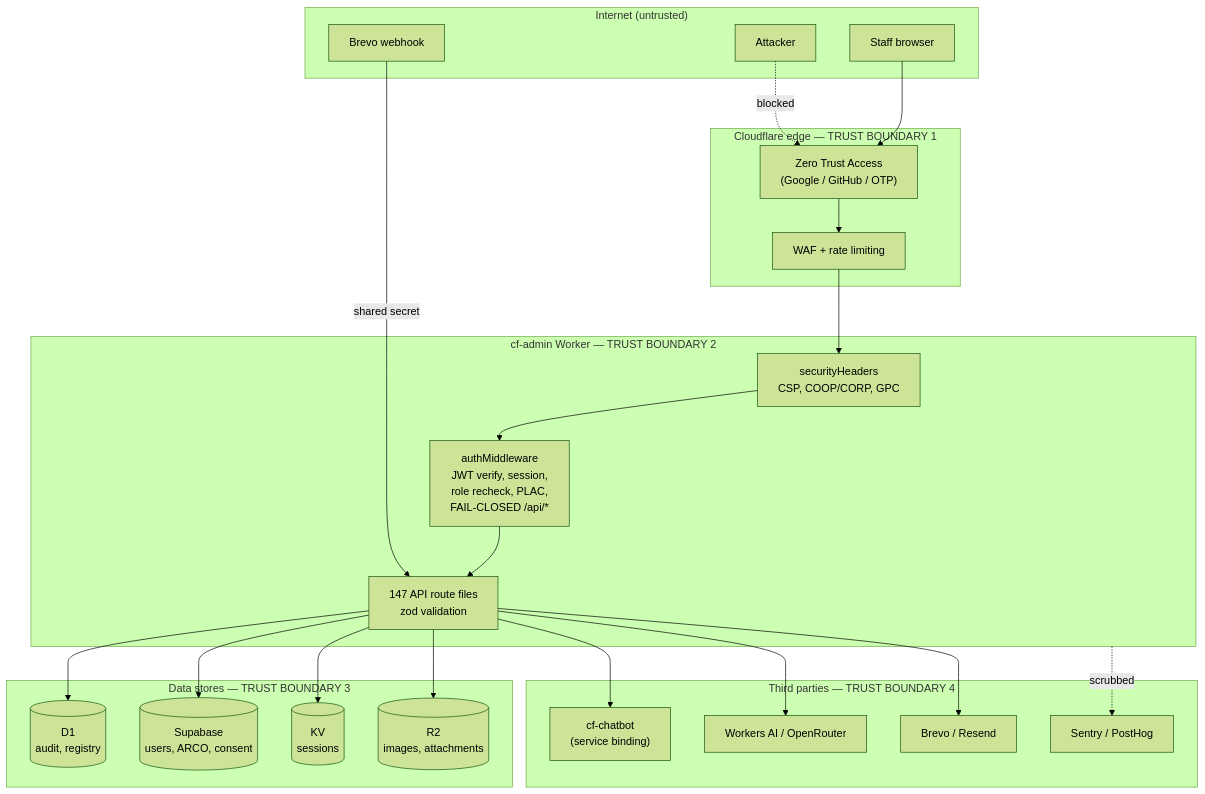
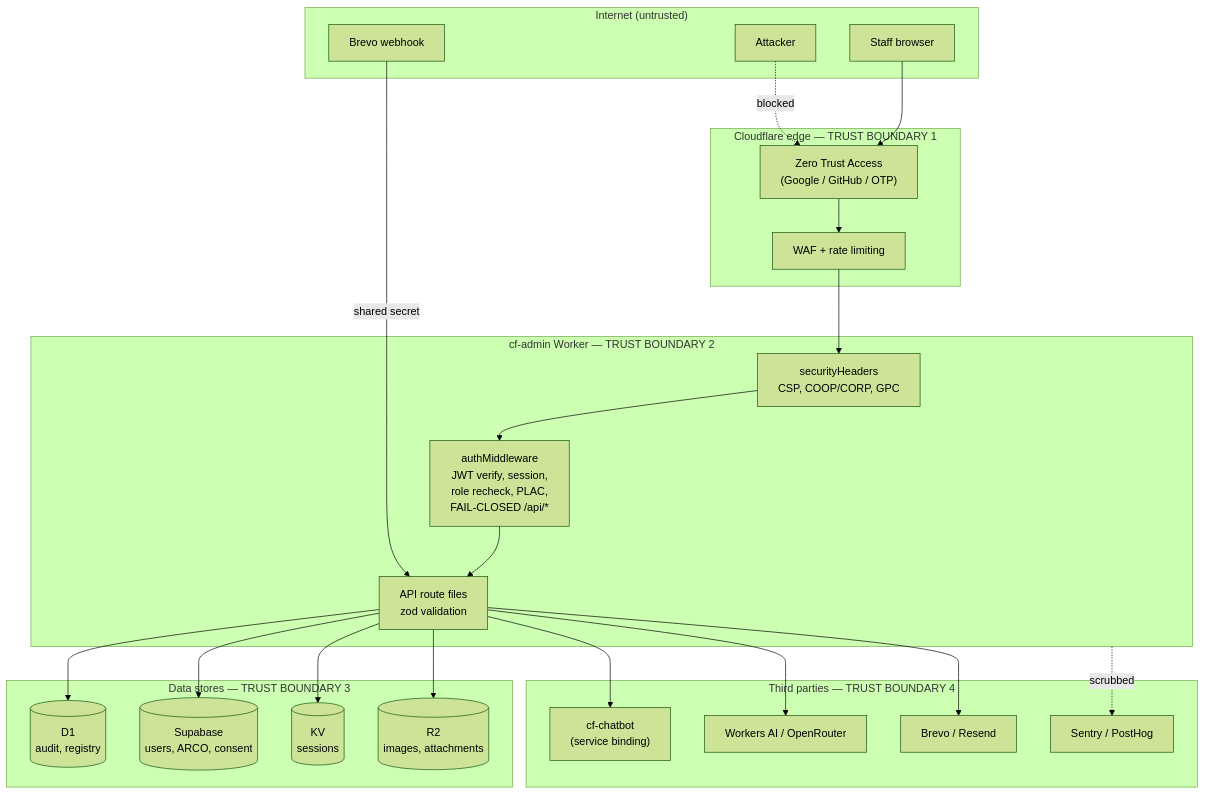
Before and after one commit to Harshil8136/chess-game1: the diagram in synced-docs/cf-admin/documentation/security/THREAT-MODEL.md, drawn with Mermaid (forest theme). The commit also changed other lines of this file and 12 other files, not shown here.

````diff
--- a/synced-docs/cf-admin/documentation/security/THREAT-MODEL.md
+++ b/synced-docs/cf-admin/documentation/security/THREAT-MODEL.md
@@ -36,42 +36,42 @@
 ```mermaid
 flowchart TB
     subgraph internet["Internet (untrusted)"]
         staff["Staff browser"]
         attacker["Attacker"]
         brevo["Brevo webhook"]
     end
 
     subgraph cfedge["Cloudflare edge — TRUST BOUNDARY 1"]
         access["Zero Trust Access<br/>(Google / GitHub / OTP)"]
         waf["WAF + rate limiting"]
     end
 
     subgraph worker["cf-admin Worker — TRUST BOUNDARY 2"]
         csp["securityHeaders<br/>CSP, COOP/CORP, GPC"]
         pipeline["authMiddleware<br/>JWT verify, session,<br/>role recheck, PLAC,<br/>FAIL-CLOSED /api/*"]
-        routes["147 API route files<br/>zod validation"]
+        routes["API route files<br/>zod validation"]
     end
 
     subgraph data["Data stores — TRUST BOUNDARY 3"]
         d1[("D1<br/>audit, registry")]
         pg[("Supabase<br/>users, ARCO, consent")]
         kv[("KV<br/>sessions")]
         r2[("R2<br/>images, attachments")]
     end
 
     subgraph ext["Third parties — TRUST BOUNDARY 4"]
         chatbot["cf-chatbot<br/>(service binding)"]
         ai["Workers AI / OpenRouter"]
         mail["Brevo / Resend"]
         obs["Sentry / PostHog"]
     end
 
     staff --> access
     attacker -.->|blocked| access
     access --> waf --> csp --> pipeline --> routes
     brevo -->|shared secret| routes
 
     routes --> d1 & pg & kv & r2
     routes --> chatbot & ai & mail
     worker -.->|scrubbed| obs
 ```
````
